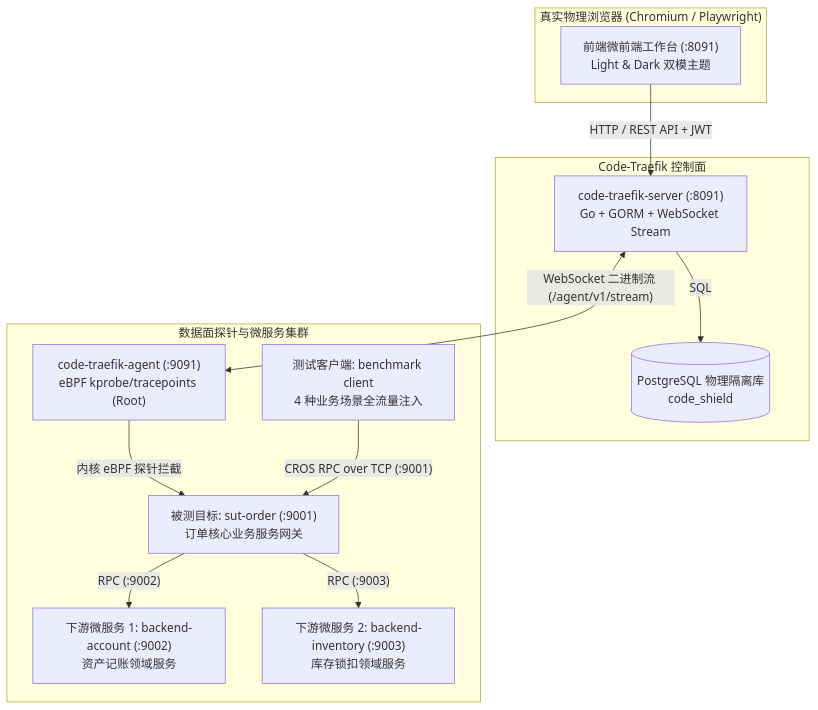
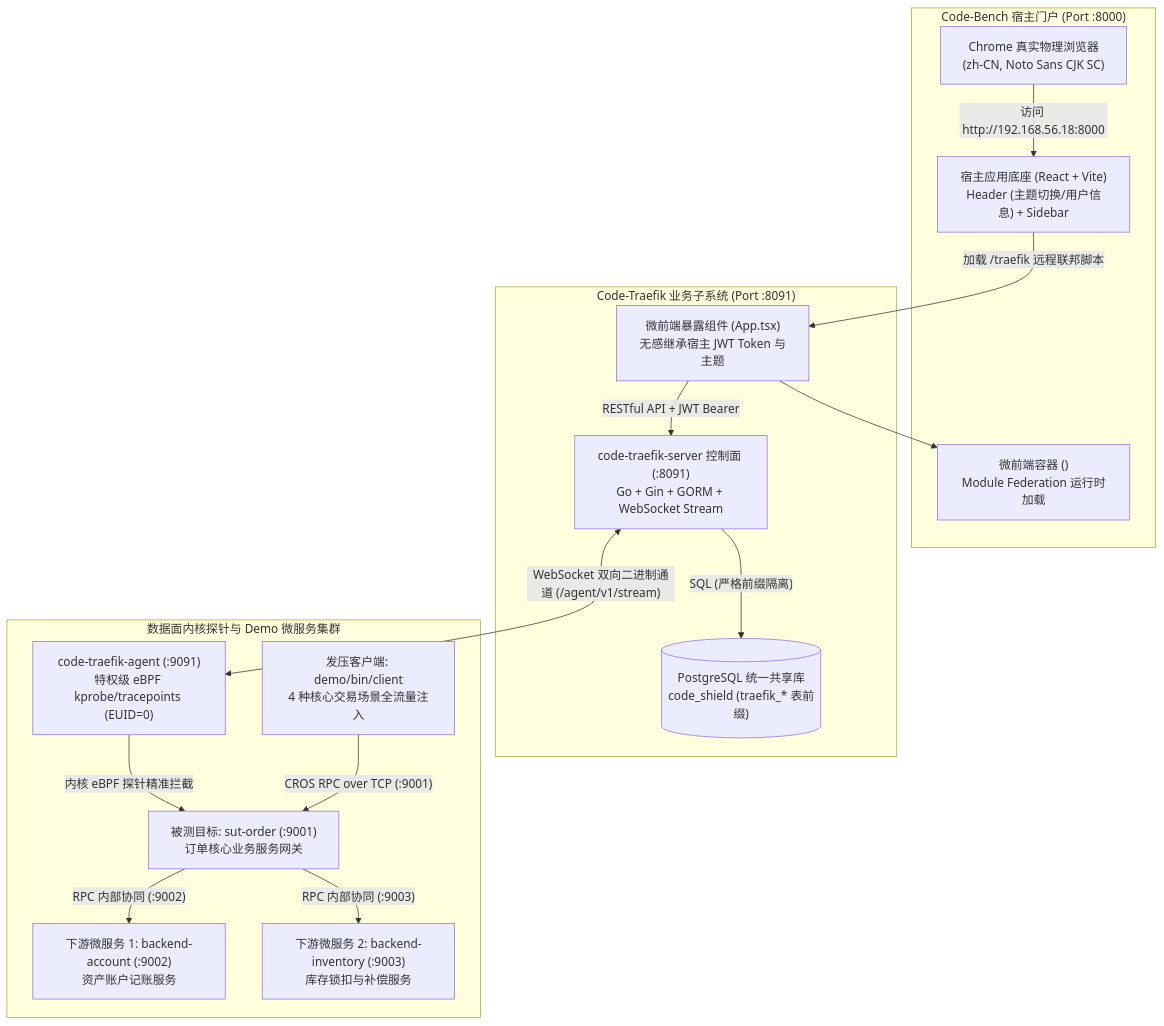
Before and after one commit to fugui/code-traefik: the diagram in docs/06-ops/02-e2e-browser-test-and-ux-review.md, drawn with Mermaid. The commit also changed other lines of this file and 1 other file, not shown here.

````diff
--- a/docs/06-ops/02-e2e-browser-test-and-ux-review.md
+++ b/docs/06-ops/02-e2e-browser-test-and-ux-review.md
@@ -33,27 +33,33 @@
 ```mermaid
 flowchart TD
-    subgraph Browser["真实物理浏览器 (Chromium / Playwright)"]
-        UI["前端微前端工作台 (:8091)<br/>Light & Dark 双模主题"]
+    subgraph HostPortal["Code-Bench 宿主门户 (Port :8000)"]
+        Browser["Chrome 真实物理浏览器<br/>(zh-CN, Noto Sans CJK SC)"]
+        PortalShell["宿主应用底座 (React + Vite)<br/>Header (主题切换/用户信息) + Sidebar"]
+        MFEContainer["微前端容器 (<MicroApp /traefik>)<br/>Module Federation 运行时加载"]
     end
 
-    subgraph ControlPlane["Code-Traefik 控制面"]
-        Server["code-traefik-server (:8091)<br/>Go + GORM + WebSocket Stream"]
-        PG[("PostgreSQL 物理隔离库<br/>code_shield")]
+    subgraph TraefikModule["Code-Traefik 业务子系统 (Port :8091)"]
+        RemoteApp["微前端暴露组件 (App.tsx)<br/>无感继承宿主 JWT Token 与主题"]
+        Server["code-traefik-server 控制面 (:8091)<br/>Go + Gin + GORM + WebSocket Stream"]
+        PG[("PostgreSQL 统一共享库<br/>code_shield (traefik_* 表前缀)")]
     end
 
-    subgraph DataPlane["数据面探针与微服务集群"]
-        Agent["code-traefik-agent (:9091)<br/>eBPF kprobe/tracepoints (Root)"]
+    subgraph DataPlane["数据面内核探针与 Demo 微服务集群"]
+        Agent["code-traefik-agent (:9091)<br/>特权级 eBPF kprobe/tracepoints (EUID=0)"]
         SUT["被测目标: sut-order (:9001)<br/>订单核心业务服务网关"]
-        B1["下游微服务 1: backend-account (:9002)<br/>资产记账领域服务"]
-        B2["下游微服务 2: backend-inventory (:9003)<br/>库存锁扣领域服务"]
-        Client["测试客户端: benchmark client<br/>4 种业务场景全流量注入"]
+        B1["下游微服务 1: backend-account (:9002)<br/>资产账户记账服务"]
+        B2["下游微服务 2: backend-inventory (:9003)<br/>库存锁扣与补偿服务"]
+        Client["发压客户端: demo/bin/client<br/>4 种核心交易场景全流量注入"]
     end
 
-    UI -->|"HTTP / REST API + JWT"| Server
-    Server -->|"SQL"| PG
-    Server <-->|"WebSocket 二进制流 (/agent/v1/stream)"| Agent
-    Agent -->|"内核 eBPF 探针拦截"| SUT
+    Browser -->|"访问 http://192.168.56.18:8000"| PortalShell
+    PortalShell -->|"加载 /traefik 远程联邦脚本"| RemoteApp
+    RemoteApp --> MFEContainer
+    RemoteApp -->|"RESTful API + JWT Bearer"| Server
+    Server -->|"SQL (严格前缀隔离)"| PG
+    Server <-->|"WebSocket 双向二进制通道 (/agent/v1/stream)"| Agent
+    Agent -->|"内核 eBPF 探针精准拦截"| SUT
     Client -->|"CROS RPC over TCP (:9001)"| SUT
-    SUT -->|"RPC (:9002)"| B1
-    SUT -->|"RPC (:9003)"| B2
+    SUT -->|"RPC 内部协同 (:9002)"| B1
+    SUT -->|"RPC 内部协同 (:9003)"| B2
 ```
````
